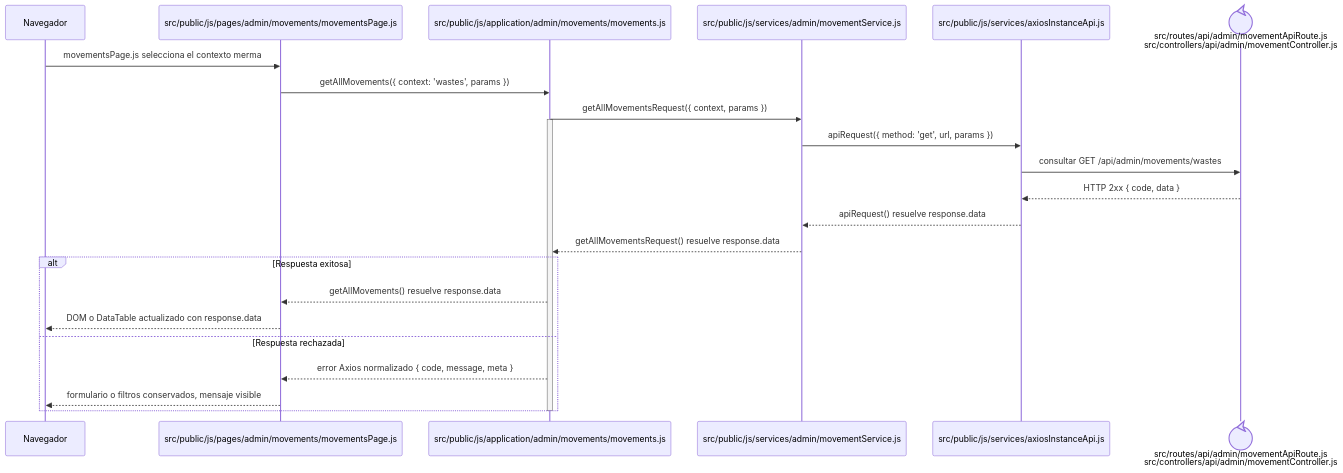
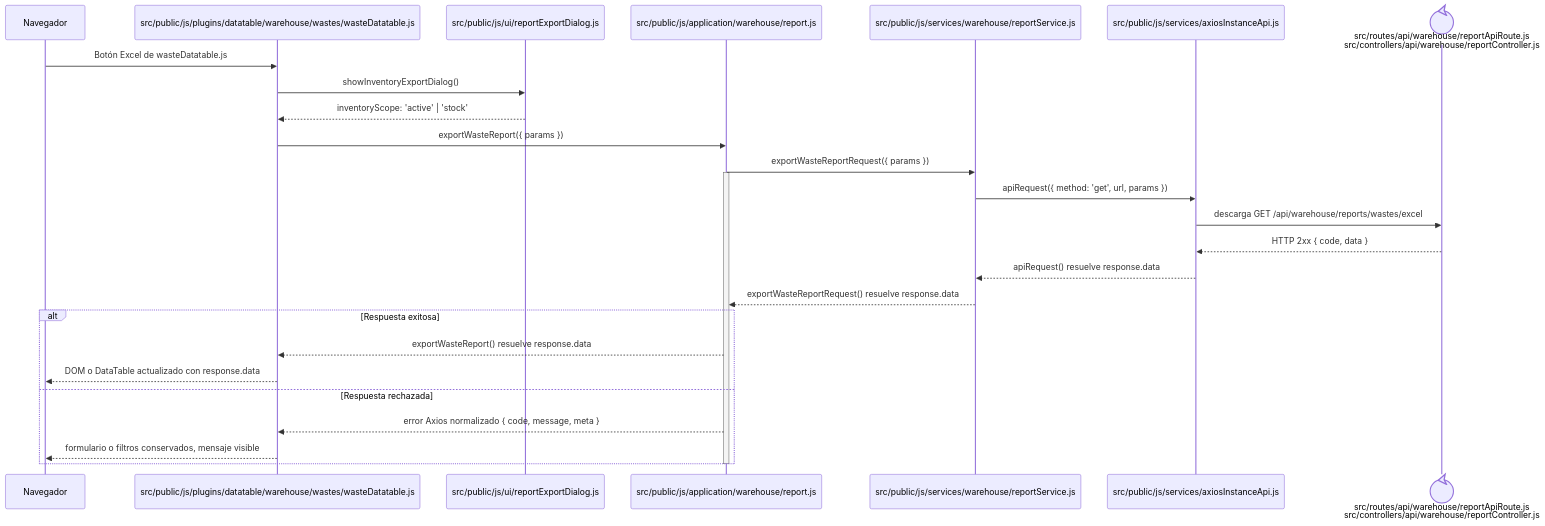
Before and after one commit to gpgsistemas01/nexus: the diagram in docs/architecture/frontend-code-sequences/catalogs/cu-alm-14.md, drawn with Mermaid. The commit also changed other lines of this file and 51 other files, not shown here.

Commit message:
docs: group waste stock use case with waste module

````diff
--- a/docs/architecture/frontend-code-sequences/catalogs/cu-alm-14.md
+++ b/docs/architecture/frontend-code-sequences/catalogs/cu-alm-14.md
@@ -6,27 +6,30 @@
 ```mermaid
 sequenceDiagram
     participant Browser as Navegador
-    participant View as src/public/js/pages/admin/movements/movementsPage.js
-    participant Application as src/public/js/application/admin/movements/movements.js
-    participant Request as src/public/js/services/admin/movementService.js
+    participant View as src/public/js/plugins/datatable/warehouse/wastes/wasteDatatable.js
+    participant Dialog as src/public/js/ui/reportExportDialog.js
+    participant Application as src/public/js/application/warehouse/report.js
+    participant Request as src/public/js/services/warehouse/reportService.js
     participant HTTP as src/public/js/services/axiosInstanceApi.js
-    participant Transport@{ "type": "control" } as src/routes/api/admin/movementApiRoute.js<br/>src/controllers/api/admin/movementController.js
+    participant Transport@{ "type": "control" } as src/routes/api/warehouse/reportApiRoute.js<br/>src/controllers/api/warehouse/reportController.js
 
-    Browser->>View: movementsPage.js selecciona el contexto merma
-    View->>Application: getAllMovements({ context: 'wastes', params })
-    Application->>Request: getAllMovementsRequest({ context, params })
+    Browser->>View: Botón Excel de wasteDatatable.js
+    View->>Dialog: showInventoryExportDialog()
+    Dialog-->>View: inventoryScope: 'active' | 'stock'
+    View->>Application: exportWasteReport({ params })
+    Application->>Request: exportWasteReportRequest({ params })
     activate Application
     Request->>HTTP: apiRequest({ method: 'get', url, params })
-    HTTP->>Transport: consultar GET /api/admin/movements/wastes
+    HTTP->>Transport: descarga GET /api/warehouse/reports/wastes/excel
     Transport-->>HTTP: HTTP 2xx { code, data }
     HTTP-->>Request: apiRequest() resuelve response.data
-    Request-->>Application: getAllMovementsRequest() resuelve response.data
+    Request-->>Application: exportWasteReportRequest() resuelve response.data
     alt Respuesta exitosa
-        Application-->>View: getAllMovements() resuelve response.data
+        Application-->>View: exportWasteReport() resuelve response.data
         View-->>Browser: DOM o DataTable actualizado con response.data
     else Respuesta rechazada
         Application-->>View: error Axios normalizado { code, message, meta }
         View-->>Browser: formulario o filtros conservados, mensaje visible
     end
     deactivate Application
 ```
````
